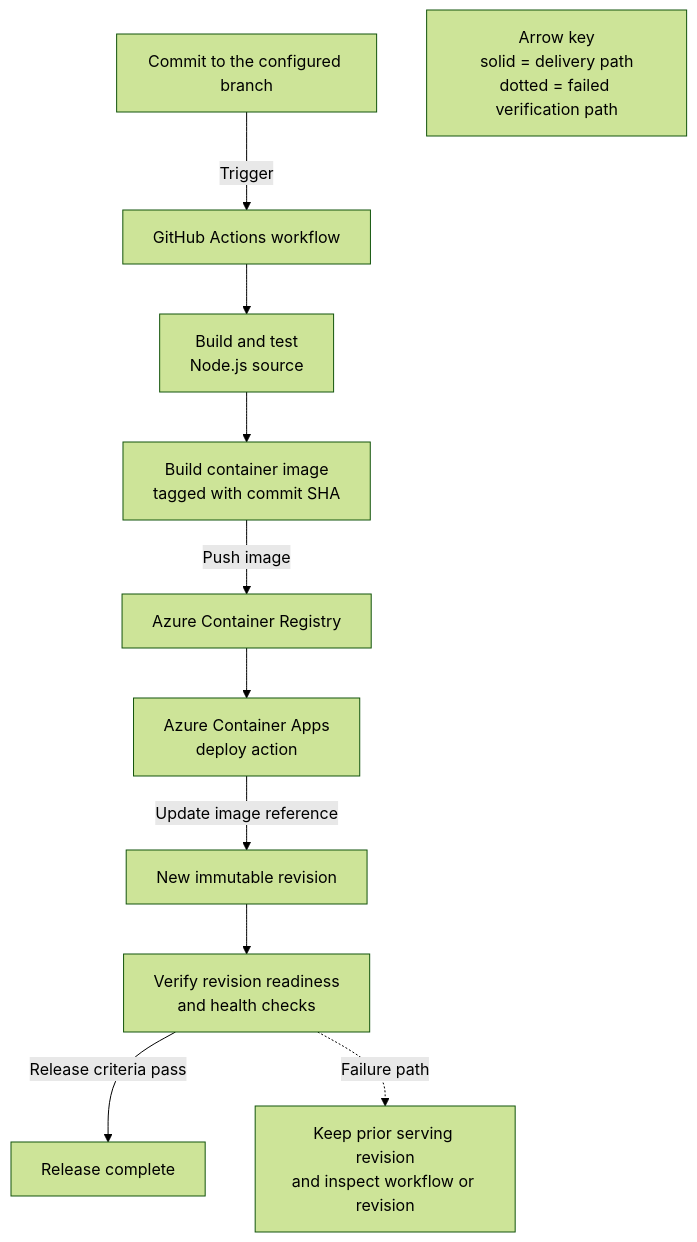
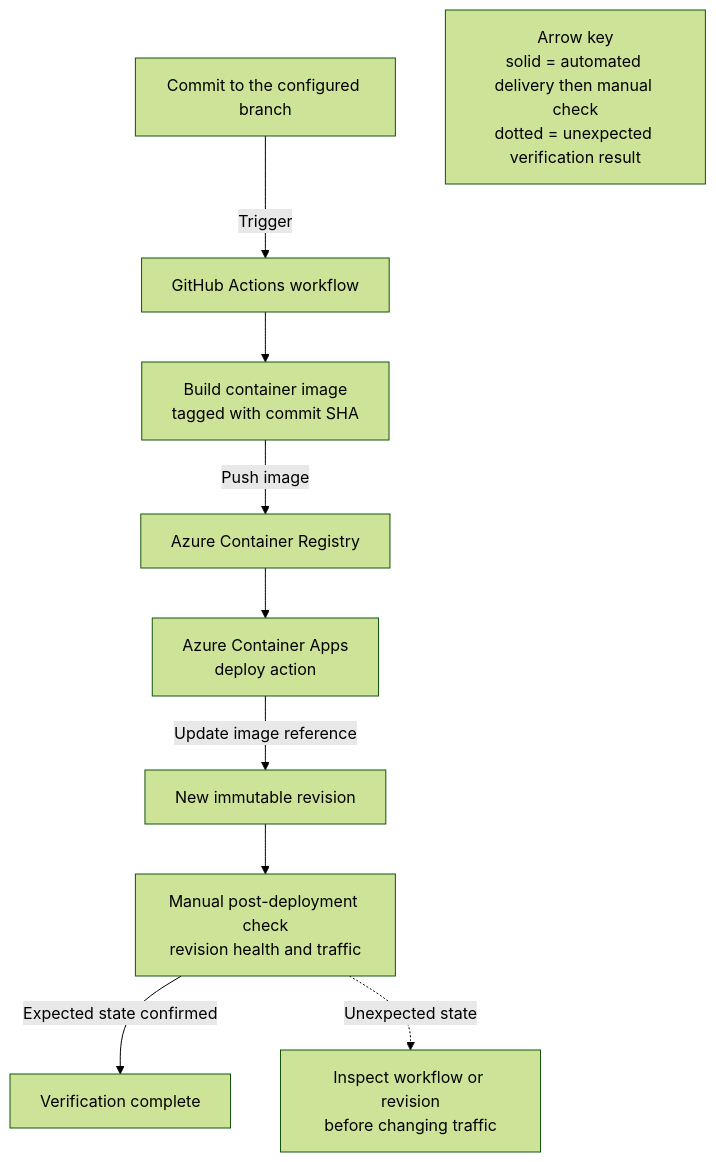
One commit to yeongseon/azure-container-apps-practical-guide changed the second of 2 diagrams in docs/language-guides/nodejs/tutorial/06-ci-cd.md. Above: the diagram before and after it, drawn with Mermaid (forest theme). The commit also changed other lines of this file and 8 other files, not shown here.

Commit message:
docs(diagrams): address tutorial review feedback

````diff
--- a/docs/language-guides/nodejs/tutorial/06-ci-cd.md
+++ b/docs/language-guides/nodejs/tutorial/06-ci-cd.md
@@ -91,28 +91,26 @@
 ```mermaid
 flowchart TD
     accTitle: GitHub Actions delivery flow for the Node.js container app
-    accDescr: A commit starts a workflow that tests the Node.js source, builds an immutable container image, pushes it to Azure Container Registry, updates the container app, and verifies the new revision before release completion.
+    accDescr: A commit starts a workflow that builds a commit-tagged container image, pushes it to Azure Container Registry, and updates the container app. Tests are an optional addition, while revision health and traffic are verified manually after deployment.
 
     COMMIT["Commit to the configured branch"]
     WORKFLOW["GitHub Actions workflow"]
-    TEST["Build and test<br/>Node.js source"]
     IMAGE["Build container image<br/>tagged with commit SHA"]
     ACR["Azure Container Registry"]
     DEPLOY["Azure Container Apps<br/>deploy action"]
     REVISION["New immutable revision"]
-    VERIFY["Verify revision readiness<br/>and health checks"]
-    COMPLETE["Release complete"]
-    INVESTIGATE["Keep prior serving revision<br/>and inspect workflow or revision"]
+    VERIFY["Manual post-deployment check<br/>revision health and traffic"]
+    COMPLETE["Verification complete"]
+    INVESTIGATE["Inspect workflow or revision<br/>before changing traffic"]
 
     COMMIT -->|"Trigger"| WORKFLOW
-    WORKFLOW --> TEST
-    TEST --> IMAGE
+    WORKFLOW --> IMAGE
     IMAGE -->|"Push image"| ACR
     ACR --> DEPLOY
     DEPLOY -->|"Update image reference"| REVISION
     REVISION --> VERIFY
-    VERIFY -->|"Release criteria pass"| COMPLETE
-    VERIFY -.->|"Failure path"| INVESTIGATE
+    VERIFY -->|"Expected state confirmed"| COMPLETE
+    VERIFY -.->|"Unexpected state"| INVESTIGATE
 
-    LEGEND["Arrow key<br/>solid = delivery path<br/>dotted = failed verification path"]
+    LEGEND["Arrow key<br/>solid = automated delivery then manual check<br/>dotted = unexpected verification result"]
 ```
````
